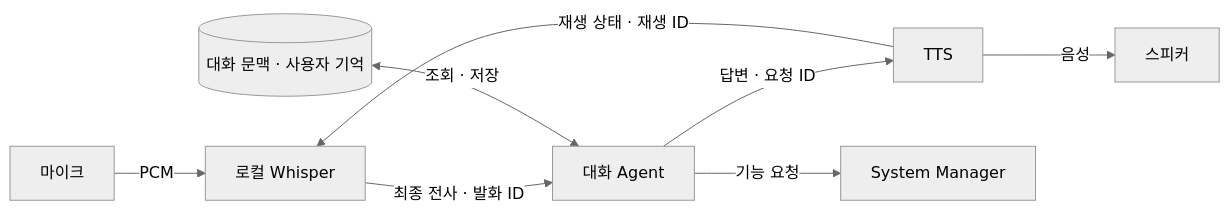
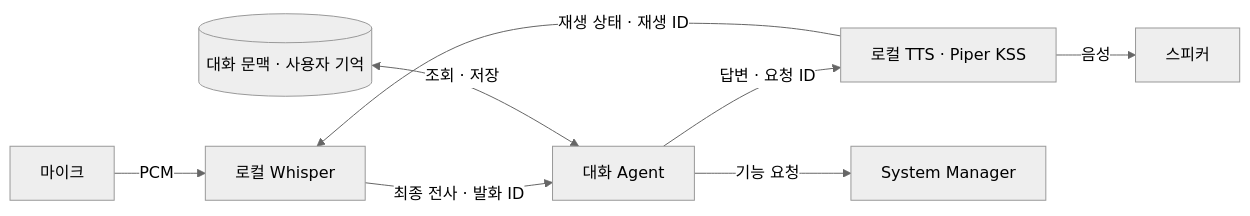
Before and after one commit to SWM-malbut/malbut: the third of 5 diagrams in README.md, drawn with Mermaid (neutral theme). The commit also changed other lines of this file and 5 other files, not shown here.

````diff
--- a/README.md
+++ b/README.md
@@ -116,10 +116,10 @@
 ```mermaid
 flowchart LR
     MIC["마이크"] -->|"PCM"| STT["로컬 Whisper"]
     STT -->|"최종 전사 · 발화 ID"| AGENT["대화 Agent"]
     MEMORY[("대화 문맥 · 사용자 기억")] <-->|"조회 · 저장"| AGENT
-    AGENT -->|"답변 · 요청 ID"| TTS["TTS"]
+    AGENT -->|"답변 · 요청 ID"| TTS["로컬 TTS · Piper KSS"]
     TTS -->|"음성"| SPEAKER["스피커"]
     TTS -->|"재생 상태 · 재생 ID"| STT
     AGENT -->|"기능 요청"| MANAGER["System Manager"]
 ```
````
